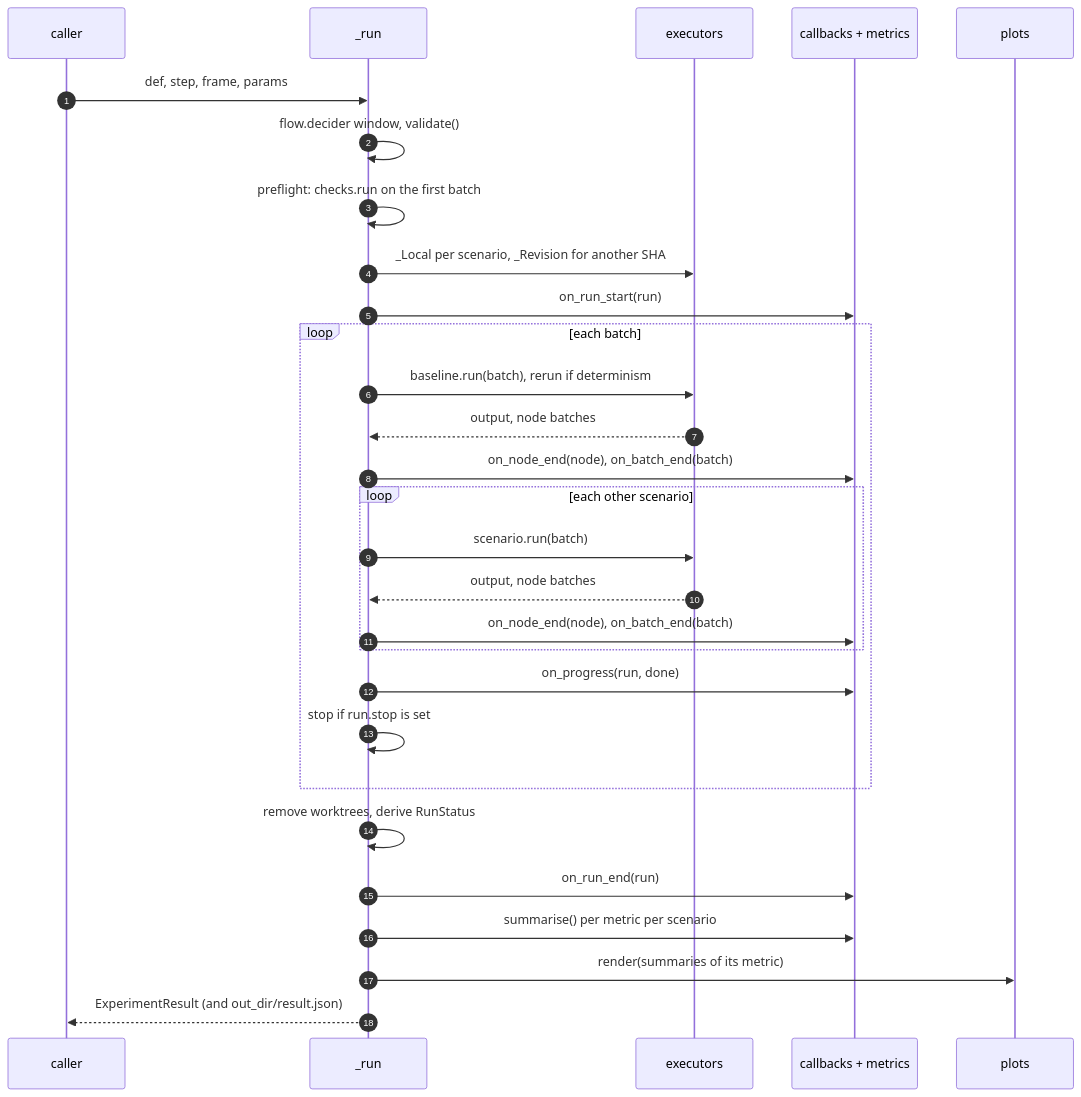
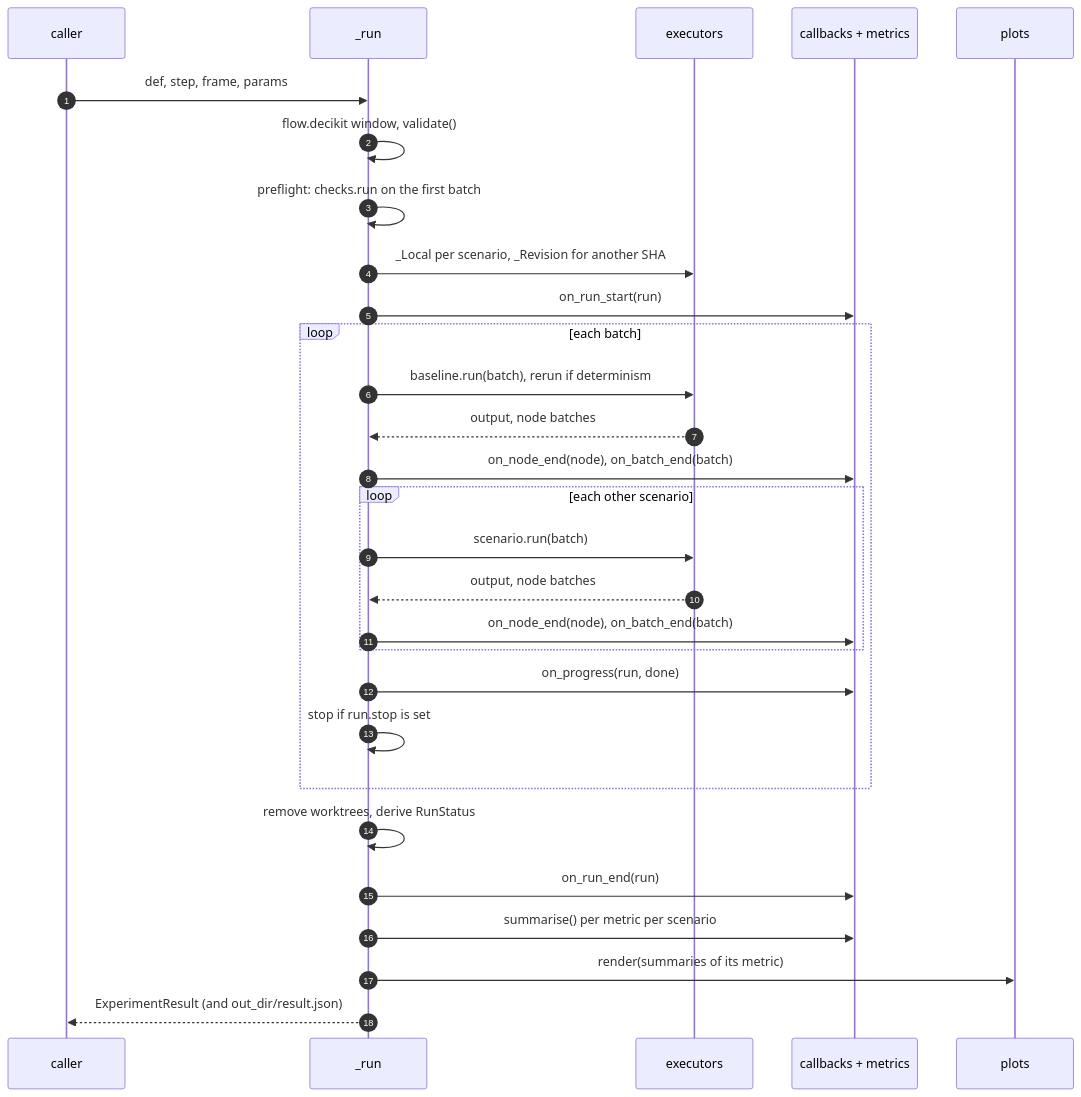
One commit to capitec/dsp-decision-engine changed the third of 6 diagrams in docs/architecture/lab/experiments.md. Above: the diagram before and after it, drawn with Mermaid. The commit also changed other lines of this file and 1292 other files, not shown here.

Commit message:
rename decider to decikit: package, CLI, DECIKIT_* settings, plugin, extension, docs prose says decider toolkit

````diff
--- a/docs/architecture/lab/experiments.md
+++ b/docs/architecture/lab/experiments.md
@@ -173,31 +173,31 @@
 ```mermaid
 sequenceDiagram
     autonumber
     participant U as caller
     participant R as _run
     participant X as executors
     participant C as callbacks + metrics
     participant P as plots
     U->>R: def, step, frame, params
-    R->>R: flow.decider window, validate()
+    R->>R: flow.decikit window, validate()
     R->>R: preflight: checks.run on the first batch
     R->>X: _Local per scenario, _Revision for another SHA
     R->>C: on_run_start(run)
     loop each batch
         R->>X: baseline.run(batch), rerun if determinism
         X-->>R: output, node batches
         R->>C: on_node_end(node), on_batch_end(batch)
         loop each other scenario
             R->>X: scenario.run(batch)
             X-->>R: output, node batches
             R->>C: on_node_end(node), on_batch_end(batch)
         end
         R->>C: on_progress(run, done)
         R->>R: stop if run.stop is set
     end
     R->>R: remove worktrees, derive RunStatus
     R->>C: on_run_end(run)
     R->>C: summarise() per metric per scenario
     R->>P: render(summaries of its metric)
     R-->>U: ExperimentResult (and out_dir/result.json)
 ```
````
